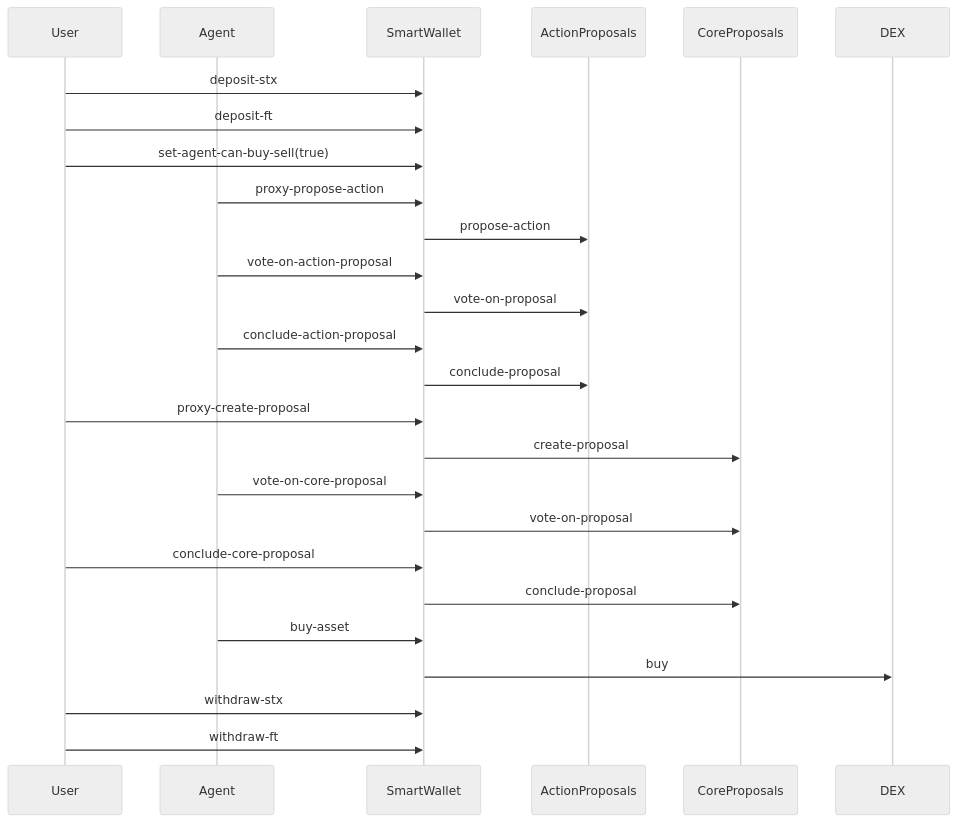
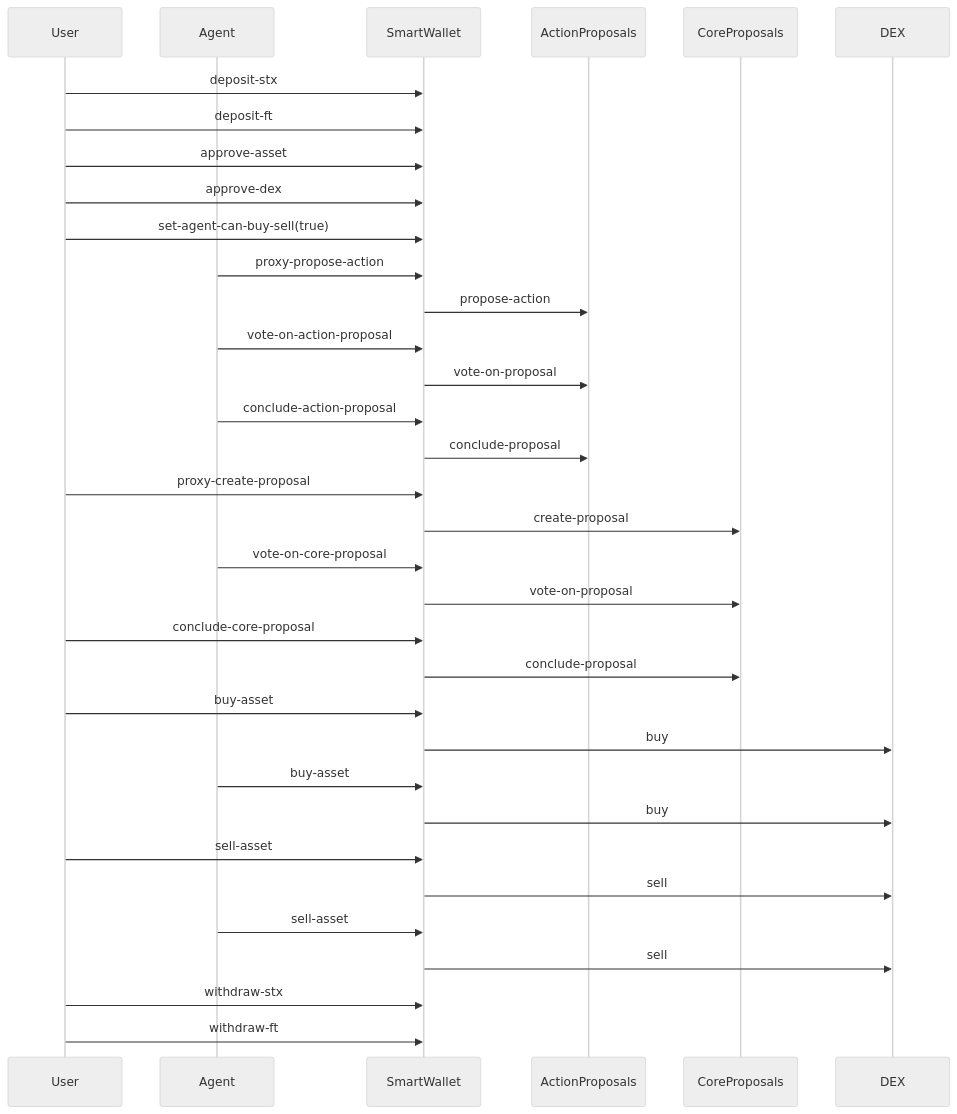
One commit to aibtcdev/aibtcdev-docs changed the diagram in aibtc-contracts/smart-wallet/README.md. Above: the diagram before and after it, drawn with Mermaid (neutral theme).

Commit message:
docs: Update interaction flow diagram with sell asset and approval operations

````diff
--- a/aibtc-contracts/smart-wallet/README.md
+++ b/aibtc-contracts/smart-wallet/README.md
@@ -155,37 +155,48 @@
 ```mermaid
 sequenceDiagram
     participant User
     participant Agent
     participant SmartWallet
     participant ActionProposals
     participant CoreProposals
     participant DEX
     
     User->>SmartWallet: deposit-stx
     User->>SmartWallet: deposit-ft
+    User->>SmartWallet: approve-asset
+    User->>SmartWallet: approve-dex
     User->>SmartWallet: set-agent-can-buy-sell(true)
     
     Agent->>SmartWallet: proxy-propose-action
     SmartWallet->>ActionProposals: propose-action
     
     Agent->>SmartWallet: vote-on-action-proposal
     SmartWallet->>ActionProposals: vote-on-proposal
     
     Agent->>SmartWallet: conclude-action-proposal
     SmartWallet->>ActionProposals: conclude-proposal
     
     User->>SmartWallet: proxy-create-proposal
     SmartWallet->>CoreProposals: create-proposal
     
     Agent->>SmartWallet: vote-on-core-proposal
     SmartWallet->>CoreProposals: vote-on-proposal
     
     User->>SmartWallet: conclude-core-proposal
     SmartWallet->>CoreProposals: conclude-proposal
     
+    User->>SmartWallet: buy-asset
+    SmartWallet->>DEX: buy
+    
     Agent->>SmartWallet: buy-asset
     SmartWallet->>DEX: buy
+    
+    User->>SmartWallet: sell-asset
+    SmartWallet->>DEX: sell
+    
+    Agent->>SmartWallet: sell-asset
+    SmartWallet->>DEX: sell
     
     User->>SmartWallet: withdraw-stx
     User->>SmartWallet: withdraw-ft
 ```
````
